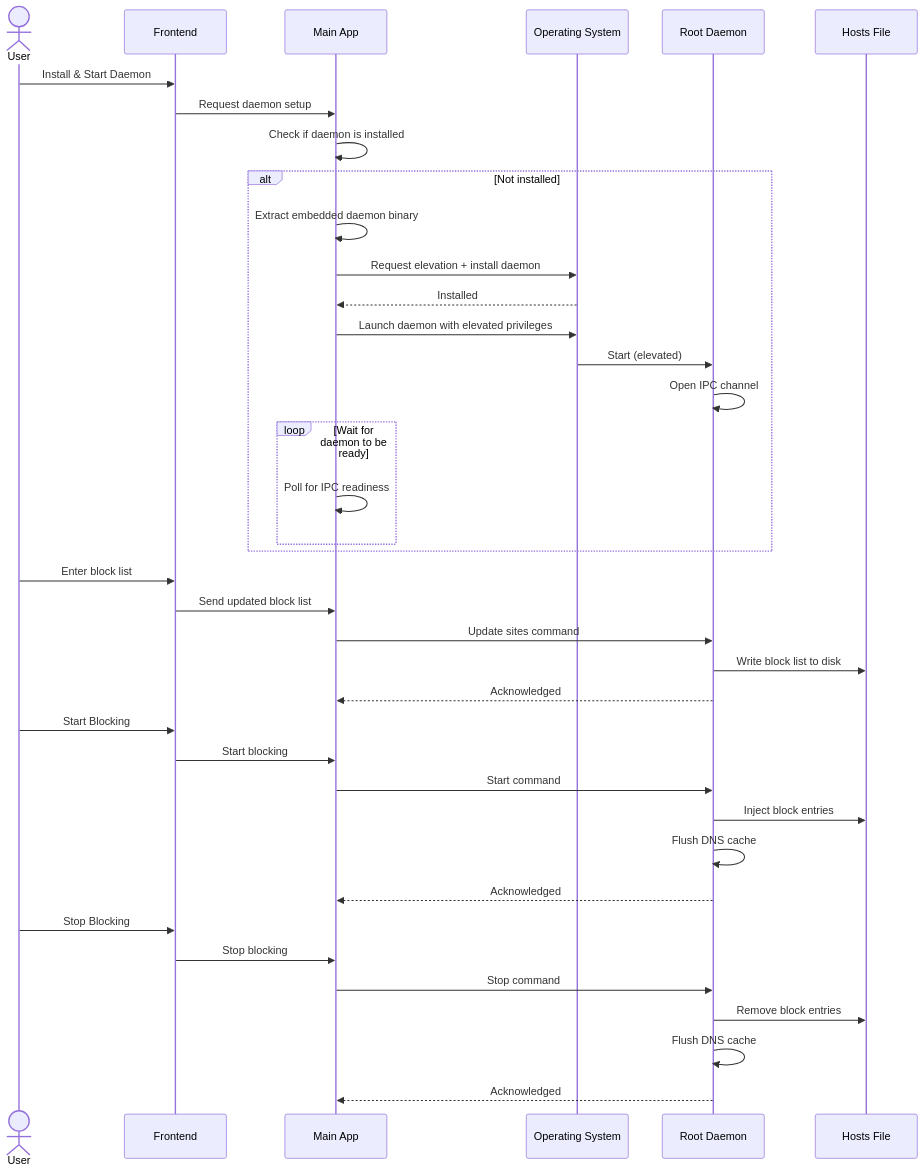
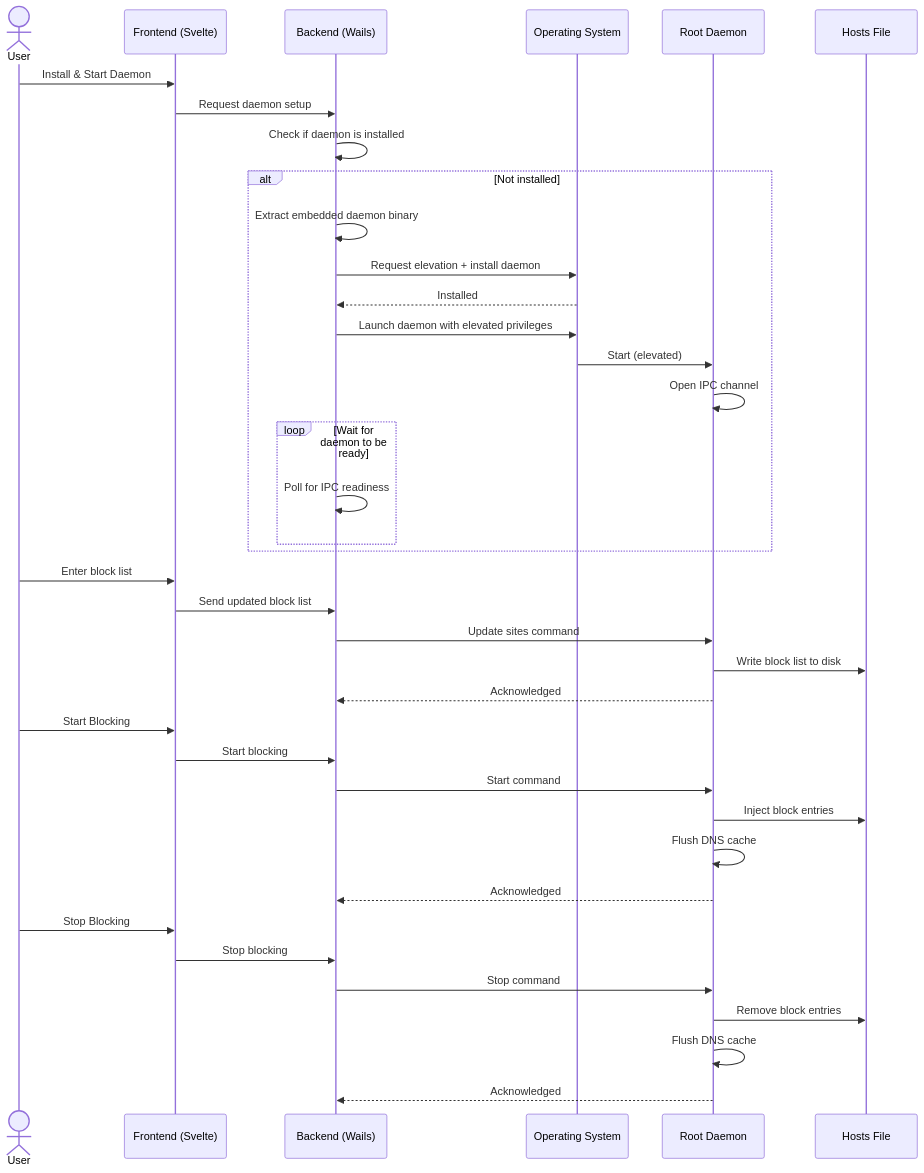
Before and after one commit to tanayseven/free-mind: the second of 2 diagrams in docs/architecture.md, drawn with Mermaid. The commit also changed other lines of this file, not shown here.

Commit message:
Improve architecture diagram clarity and layout

````diff
--- a/docs/architecture.md
+++ b/docs/architecture.md
@@ -49,44 +49,44 @@
 ```mermaid
 sequenceDiagram
     actor User
-    participant UI as Frontend
-    participant App as Main App
+    participant UI as Frontend (Svelte)
+    participant App as Backend (Wails)
     participant OS as Operating System
     participant Daemon as Root Daemon
     participant Hosts as Hosts File
 
     User->>UI: Install & Start Daemon
     UI->>App: Request daemon setup
     App->>App: Check if daemon is installed
     alt Not installed
         App->>App: Extract embedded daemon binary
         App->>OS: Request elevation + install daemon
         OS-->>App: Installed
         App->>OS: Launch daemon with elevated privileges
         OS->>Daemon: Start (elevated)
         Daemon->>Daemon: Open IPC channel
         loop Wait for daemon to be ready
             App->>App: Poll for IPC readiness
         end
     end
 
     User->>UI: Enter block list
     UI->>App: Send updated block list
     App->>Daemon: Update sites command
     Daemon->>Hosts: Write block list to disk
     Daemon-->>App: Acknowledged
 
     User->>UI: Start Blocking
     UI->>App: Start blocking
     App->>Daemon: Start command
     Daemon->>Hosts: Inject block entries
     Daemon->>Daemon: Flush DNS cache
     Daemon-->>App: Acknowledged
 
     User->>UI: Stop Blocking
     UI->>App: Stop blocking
     App->>Daemon: Stop command
     Daemon->>Hosts: Remove block entries
     Daemon->>Daemon: Flush DNS cache
     Daemon-->>App: Acknowledged
 ```
````
